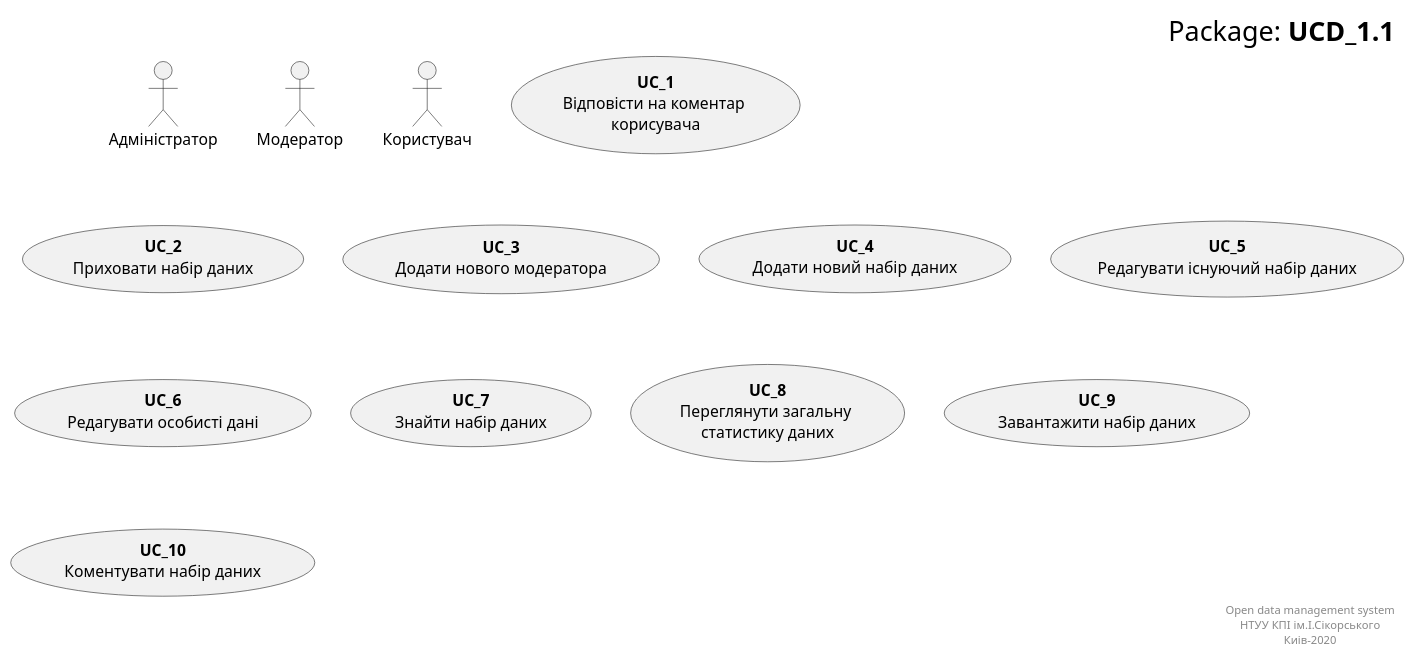
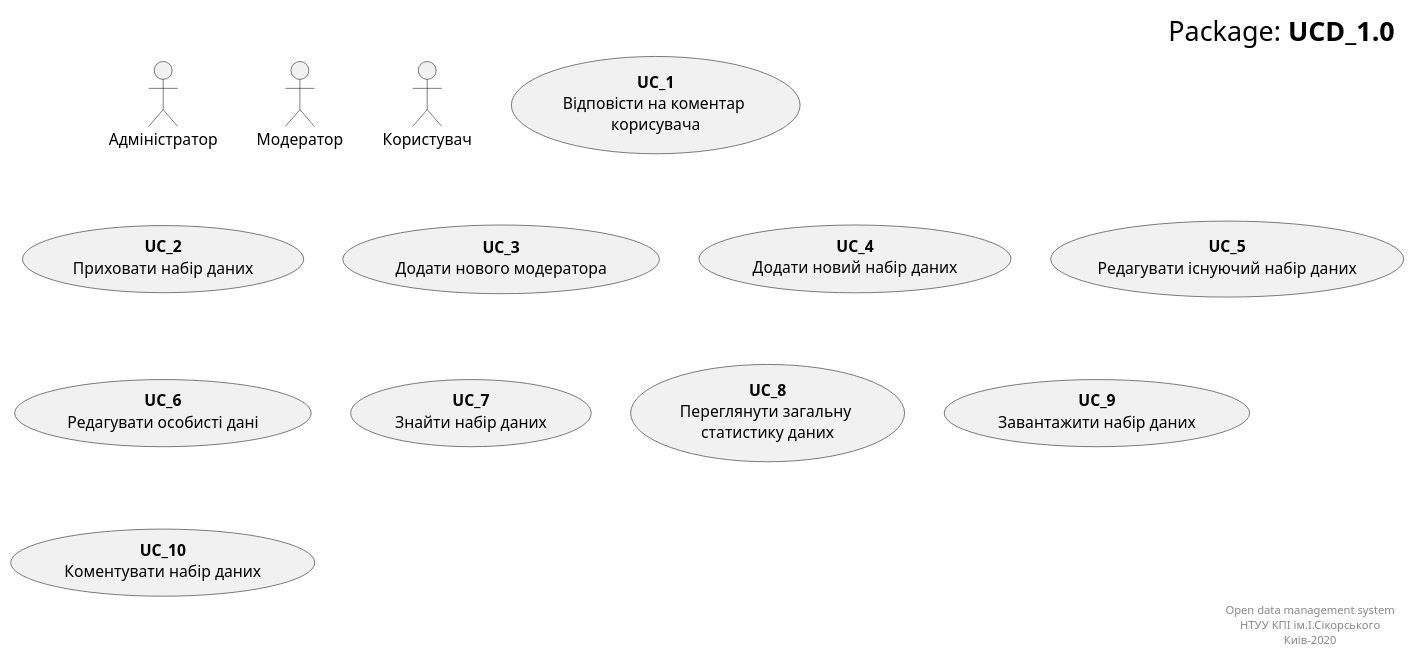
One commit to boldak/db_open_data changed the diagram in src/uml/usecase10.puml. Above: the diagram before and after it, drawn with PlantUML.

```diff
--- a/src/uml/usecase10.puml
+++ b/src/uml/usecase10.puml
@@ -1,28 +1,28 @@
 @startuml
 right header
-        <font size=24 color=black>Package: <b>UCD_1.1
+        <font size=24 color=black>Package: <b>UCD_1.0
     end header
 
 actor :Адміністратор: as Admin
 actor :Модератор: as Moder
 actor :Користувач: as User
 
 usecase "<b>UC_1</b>\nВідповісти на коментар \nкорисувача" as UC_1
 usecase "<b>UC_2</b>\nПриховати набір даних" as UC_2
 usecase "<b>UC_3</b>\nДодати нового модератора" as UC_3
 
 usecase "<b>UC_4</b>\nДодати новий набір даних" as UC_4
 usecase "<b>UC_5</b>\nРедагувати існуючий набір даних" as UC_5
 usecase "<b>UC_6</b>\nРедагувати особисті дані" as UC_6
 
 usecase "<b>UC_7</b>\nЗнайти набір даних" as UC_7
 usecase "<b>UC_8</b>\nПереглянути загальну \nстатистику даних" as UC_8
 usecase "<b>UC_9</b>\nЗавантажити набір даних" as UC_9
 usecase "<b>UC_10</b>\nКоментувати набір даних" as UC_10
 
     right footer
         Open data management system
         НТУУ КПІ ім.І.Сікорського
         Киів-2020
     end footer
 @enduml
```
